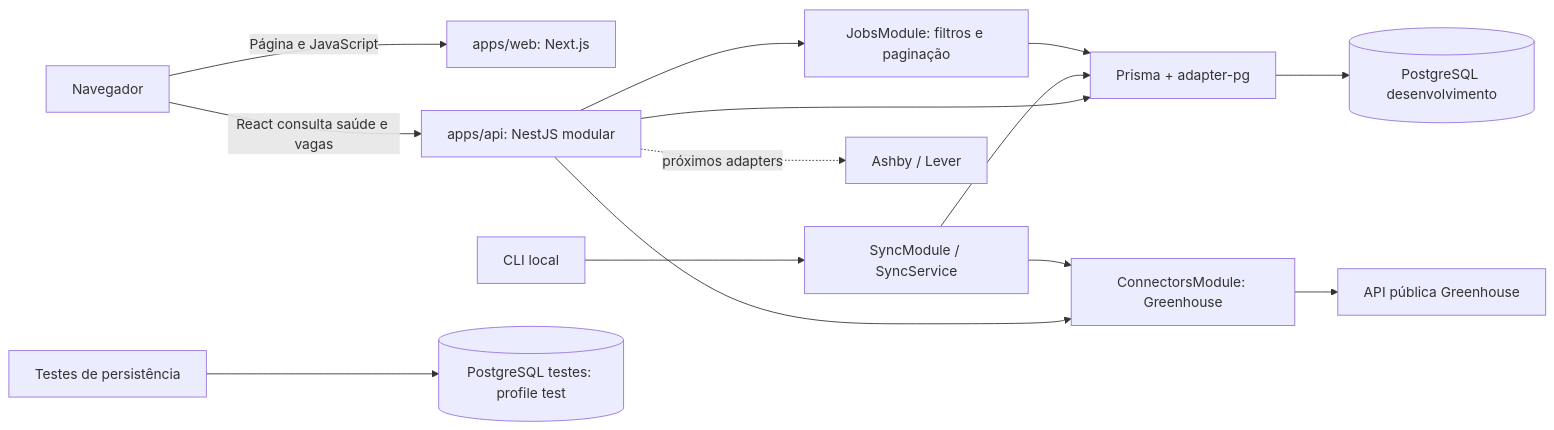
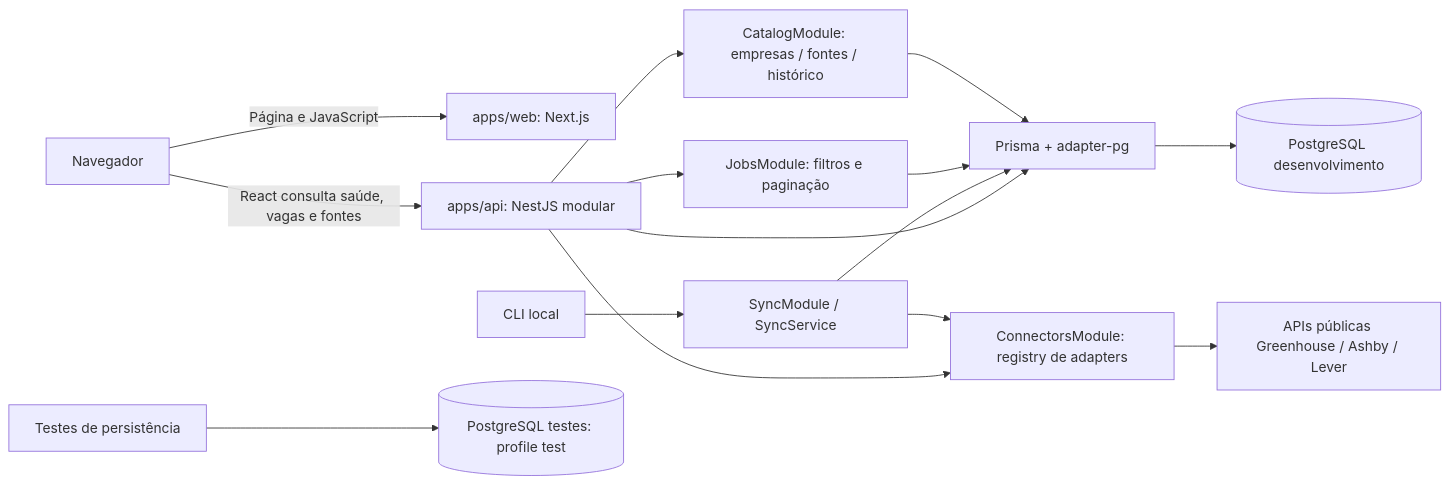
The diagram in docs/architecture.md (felipe-rodriguesz/InternRadar), drawn with Mermaid before and after one commit. The commit also changed other lines of this file and 15 other files, not shown here.

````diff
--- a/docs/architecture.md
+++ b/docs/architecture.md
@@ -5,16 +5,17 @@
 ```mermaid
 flowchart LR
   Browser[Navegador] -->|Página e JavaScript| Web[apps/web: Next.js]
-  Browser -->|React consulta saúde e vagas| API[apps/api: NestJS modular]
+  Browser -->|React consulta saúde, vagas e fontes| API[apps/api: NestJS modular]
   API --> Prisma[Prisma + adapter-pg]
   Prisma --> DB[(PostgreSQL desenvolvimento)]
-  API --> Connectors[ConnectorsModule: Greenhouse]
-  Connectors --> Sources[API pública Greenhouse]
+  API --> Connectors[ConnectorsModule: registry de adapters]
+  Connectors --> Sources[APIs públicas Greenhouse / Ashby / Lever]
   CLI[CLI local] --> Sync[SyncModule / SyncService]
   Sync --> Connectors
   Sync --> Prisma
   API --> Jobs[JobsModule: filtros e paginação]
   Jobs --> Prisma
-  API -. próximos adapters .-> Future[Ashby / Lever]
+  API --> Catalog[CatalogModule: empresas / fontes / histórico]
+  Catalog --> Prisma
   Tests[Testes de persistência] --> TestDB[(PostgreSQL testes: profile test)]
 ```
````
